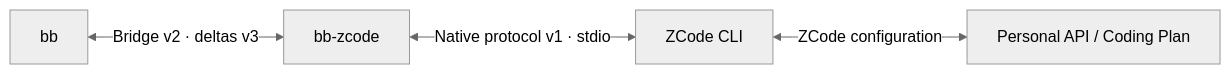
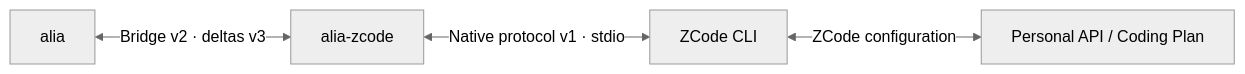
The diagram in plugins/zcode/README.md (Vesnalia/vesnalia-plugins), drawn with Mermaid (neutral theme) before and after one commit. The commit also changed other lines of this file and 13306 other files, not shown here.

````diff
--- a/plugins/zcode/README.md
+++ b/plugins/zcode/README.md
@@ -198,6 +198,6 @@
 ```mermaid
 flowchart LR
-    BB["bb"] <-->|"Bridge v2 · deltas v3"| Plugin["bb-zcode"]
+    ALIA["alia"] <-->|"Bridge v2 · deltas v3"| Plugin["alia-zcode"]
     Plugin <-->|"Native protocol v1 · stdio"| CLI["ZCode CLI"]
     CLI <-->|"ZCode configuration"| Model["Personal API / Coding Plan"]
 ```
````
